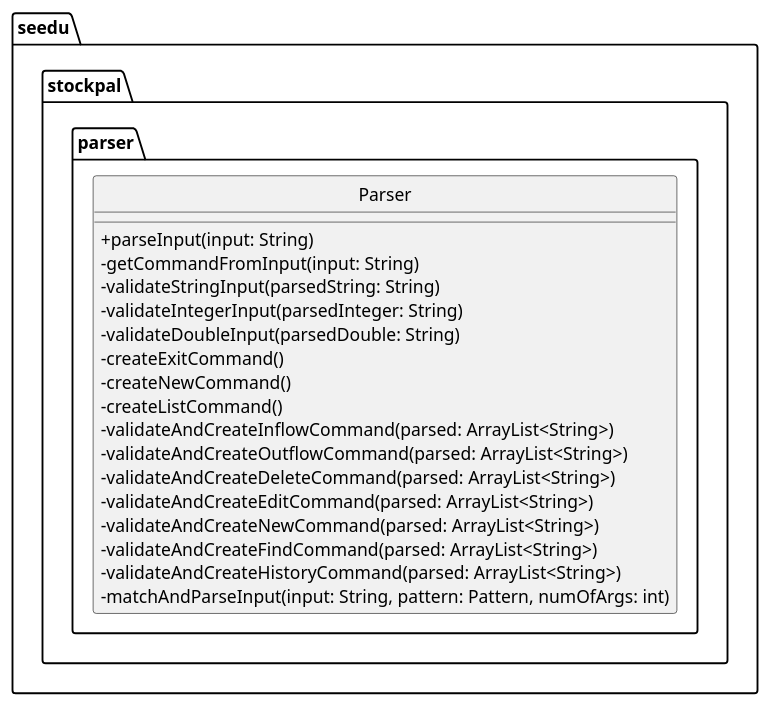
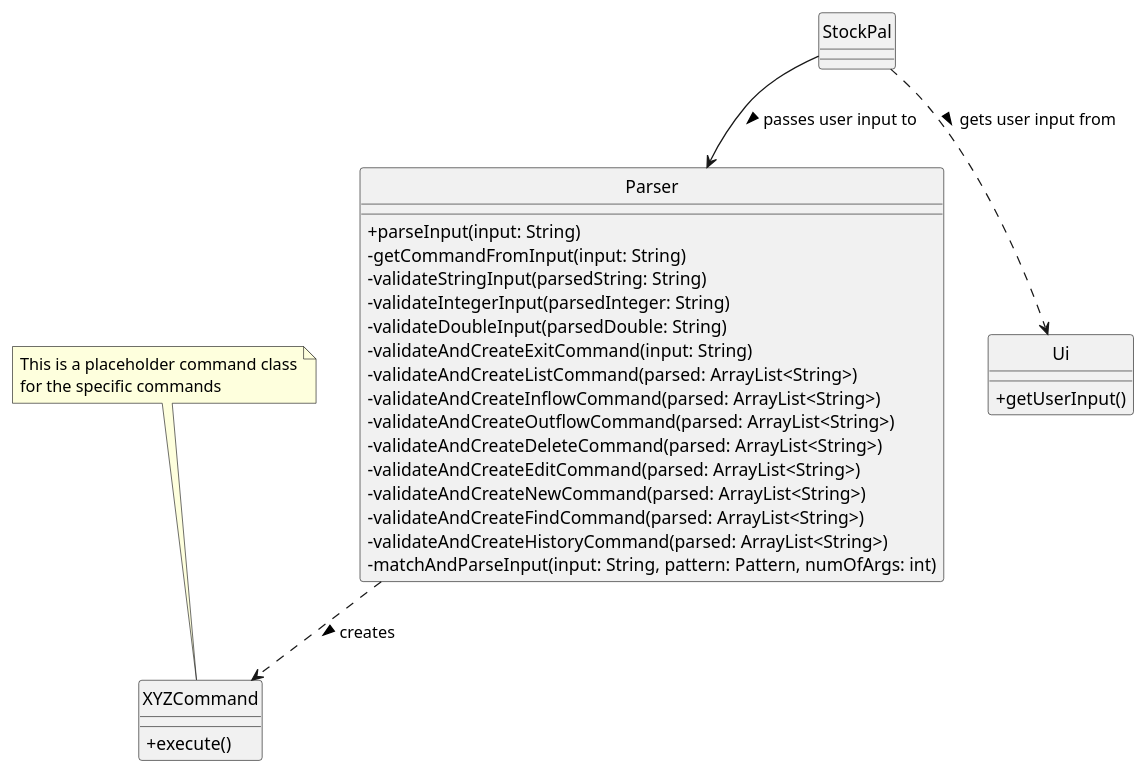
One commit to leongxingyu/tp changed the diagram in docs/diagrams/ParserClassDiagram.puml. Above: the diagram before and after it, drawn with PlantUML. The commit also changed 1 other file, not shown here.

Commit message:
Update Parser Class Diagram

```diff
--- a/docs/diagrams/ParserClassDiagram.puml
+++ b/docs/diagrams/ParserClassDiagram.puml
@@ -1,27 +1,40 @@
 @startuml
 
 hide circles
 skinparam classAttributeIconSize 0
 
-package "seedu.stockpal.parser" {
-    class Parser {
-        + parseInput(input: String)
-        - getCommandFromInput(input: String)
-        - validateStringInput(parsedString: String)
-        - validateIntegerInput(parsedInteger: String)
-        - validateDoubleInput(parsedDouble: String)
-        - createExitCommand()
-        - createNewCommand()
-        - createListCommand()
-        - validateAndCreateInflowCommand(parsed: ArrayList<String>)
-        - validateAndCreateOutflowCommand(parsed: ArrayList<String>)
-        - validateAndCreateDeleteCommand(parsed: ArrayList<String>)
-        - validateAndCreateEditCommand(parsed: ArrayList<String>)
-        - validateAndCreateNewCommand(parsed: ArrayList<String>)
-        - validateAndCreateFindCommand(parsed: ArrayList<String>)
-        - validateAndCreateHistoryCommand(parsed: ArrayList<String>)
-        - matchAndParseInput(input: String, pattern: Pattern, numOfArgs: int)
-    }
+class Parser {
+    + parseInput(input: String)
+    - getCommandFromInput(input: String)
+    - validateStringInput(parsedString: String)
+    - validateIntegerInput(parsedInteger: String)
+    - validateDoubleInput(parsedDouble: String)
+    - validateAndCreateExitCommand(input: String)
+    - validateAndCreateListCommand(parsed: ArrayList<String>)
+    - validateAndCreateInflowCommand(parsed: ArrayList<String>)
+    - validateAndCreateOutflowCommand(parsed: ArrayList<String>)
+    - validateAndCreateDeleteCommand(parsed: ArrayList<String>)
+    - validateAndCreateEditCommand(parsed: ArrayList<String>)
+    - validateAndCreateNewCommand(parsed: ArrayList<String>)
+    - validateAndCreateFindCommand(parsed: ArrayList<String>)
+    - validateAndCreateHistoryCommand(parsed: ArrayList<String>)
+    - matchAndParseInput(input: String, pattern: Pattern, numOfArgs: int)
 }
 
+class StockPal
+class XYZCommand
+class Ui
+
+XYZCommand : + execute()
+Ui : + getUserInput()
+
+StockPal --> Parser: passes user input to >
+StockPal ..> Ui: gets user input from >
+Parser ..> XYZCommand: creates >
+
+note top of XYZCommand
+This is a placeholder command class
+for the specific commands
+end note
+
 @enduml
```
